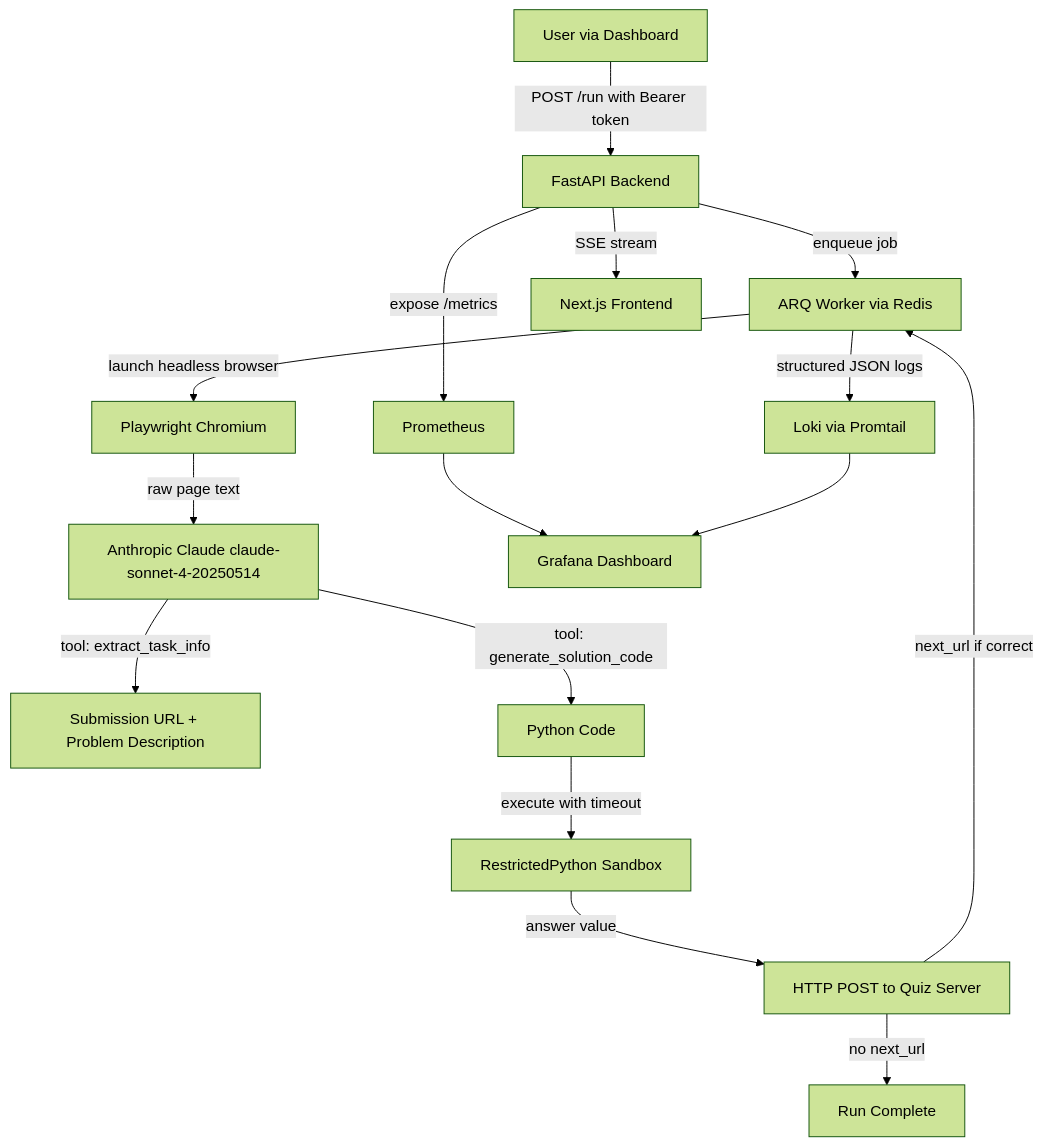
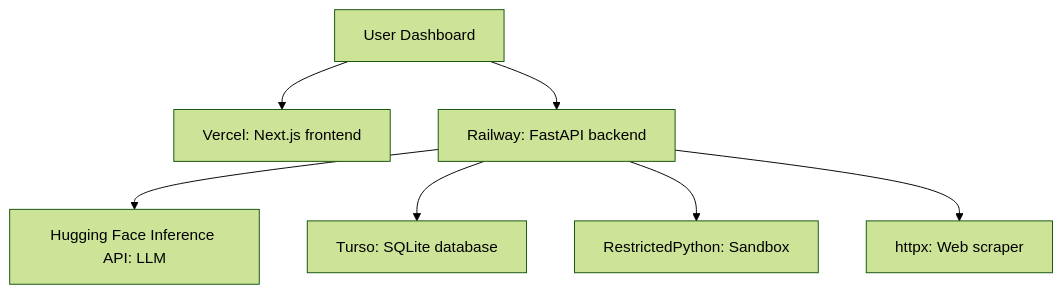
One commit to Kunal-Somani/helix-agent changed the diagram in README.md. Above: the diagram before and after it, drawn with Mermaid (forest theme). The commit also changed other lines of this file and 3 other files, not shown here.

````diff
--- a/README.md
+++ b/README.md
@@ -9,18 +7,9 @@
 ```mermaid
 graph TD
-    A[User via Dashboard] -->|POST /run with Bearer token| B[FastAPI Backend]
-    B -->|enqueue job| C[ARQ Worker via Redis]
-    C -->|launch headless browser| D[Playwright Chromium]
-    D -->|raw page text| E[Anthropic Claude claude-sonnet-4-20250514]
-    E -->|tool: extract_task_info| F[Submission URL + Problem Description]
-    E -->|tool: generate_solution_code| G[Python Code]
-    G -->|execute with timeout| H[RestrictedPython Sandbox]
-    H -->|answer value| I[HTTP POST to Quiz Server]
-    I -->|next_url if correct| C
-    I -->|no next_url| J[Run Complete]
-    B -->|expose /metrics| K[Prometheus]
-    C -->|structured JSON logs| L[Loki via Promtail]
-    K --> M[Grafana Dashboard]
-    L --> M
-    B -->|SSE stream| N[Next.js Frontend]
+    A[User Dashboard] --> B[Vercel: Next.js frontend]
+    A --> C[Railway: FastAPI backend]
+    C --> D[Hugging Face Inference API: LLM]
+    C --> E[Turso: SQLite database]
+    C --> F[RestrictedPython: Sandbox]
+    C --> G[httpx: Web scraper]
 ```
````
